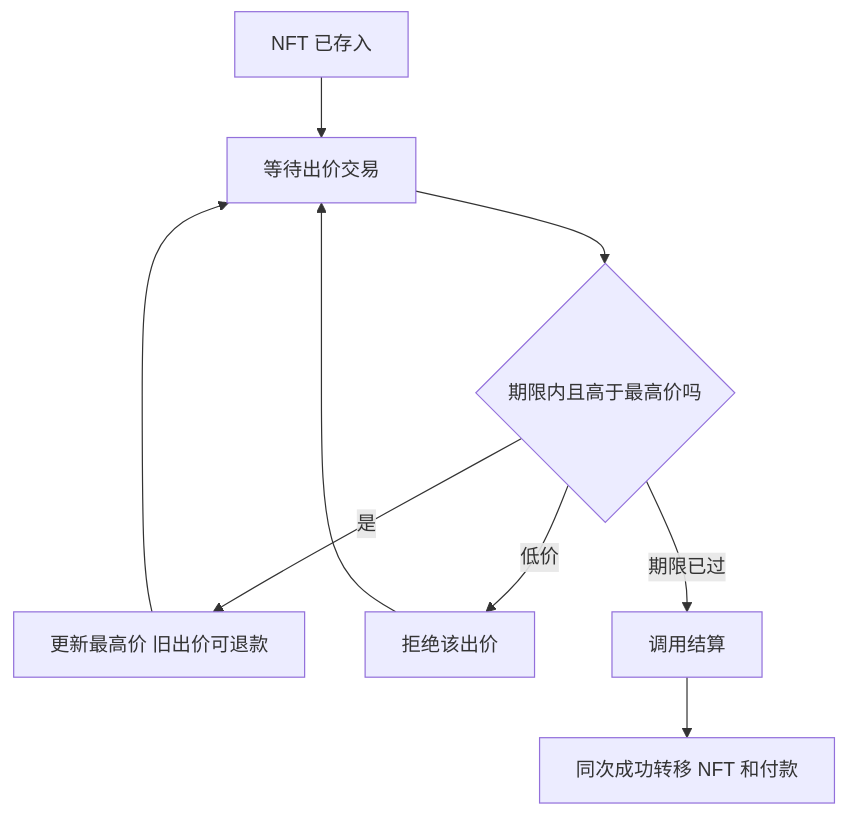
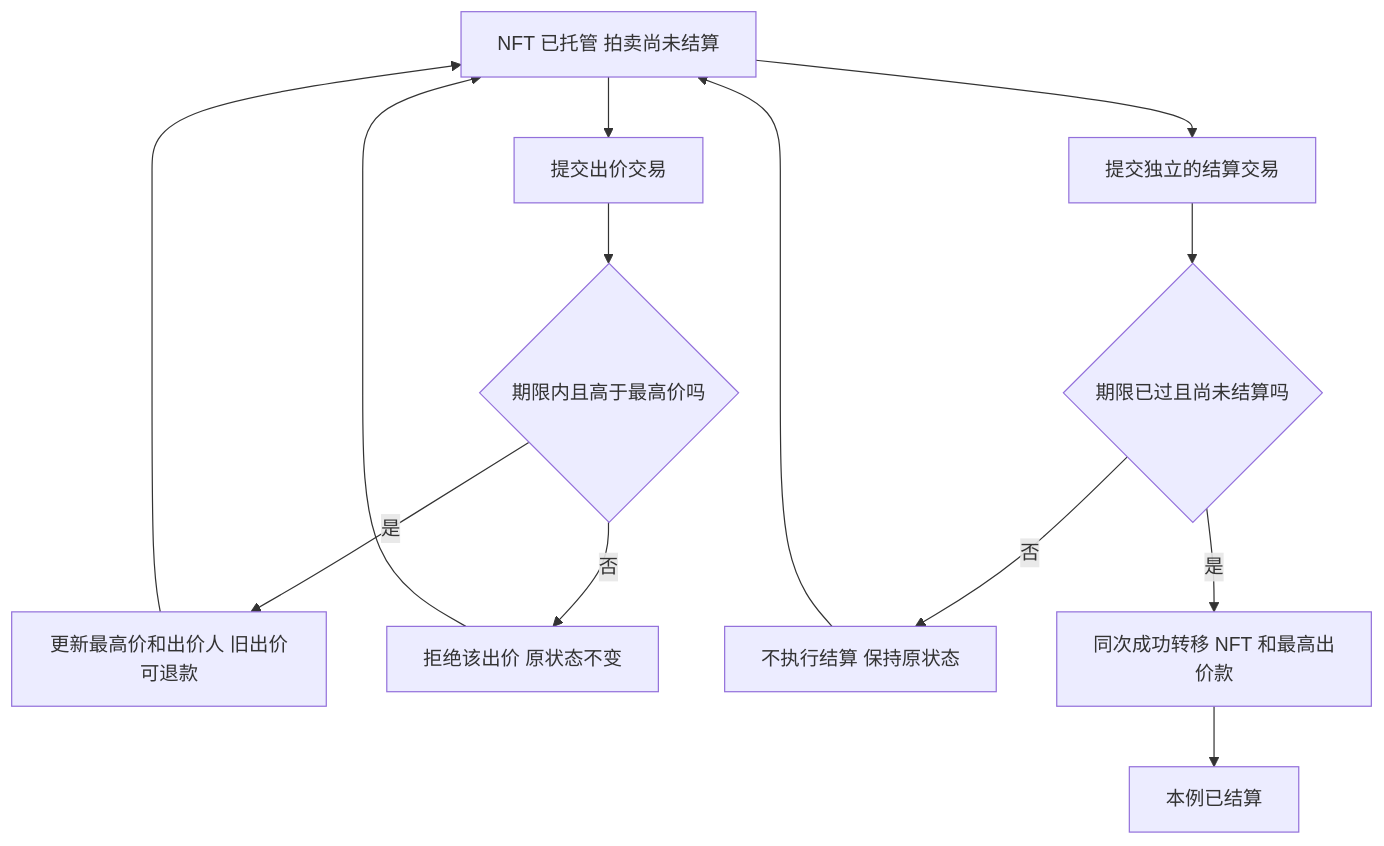
Before and after one commit to CercaTrovato/cityu-ai-course-notes: the third of 9 diagrams in EF5560_Fintech_and_AI_in_Finance/notes/M07-比特币以太坊与加密金融商业模式.md, drawn with Mermaid. The commit also changed other lines of this file and 65 other files, not shown here.

````diff
--- a/EF5560_Fintech_and_AI_in_Finance/notes/M07-比特币以太坊与加密金融商业模式.md
+++ b/EF5560_Fintech_and_AI_in_Finance/notes/M07-比特币以太坊与加密金融商业模式.md
@@ -858,11 +934,15 @@
 ```mermaid
 flowchart TD
- A[NFT 已存入] --> B[等待出价交易]
+ A[NFT 已托管 拍卖尚未结算] --> B[提交出价交易]
+ A --> S[提交独立的结算交易]
  B --> C{期限内且高于最高价吗}
- C -->|是| D[更新最高价 旧出价可退款]
- D --> B
- C -->|低价| E[拒绝该出价]
- E --> B
- C -->|期限已过| F[调用结算]
- F --> G[同次成功转移 NFT 和付款]
+ C -->|是| D[更新最高价和出价人 旧出价可退款]
+ D --> A
+ C -->|否| E[拒绝该出价 原状态不变]
+ E --> A
+ S --> F{期限已过且尚未结算吗}
+ F -->|否| N[不执行结算 保持原状态]
+ N --> A
+ F -->|是| G[同次成功转移 NFT 和最高出价款]
+ G --> H[本例已结算]
 ```
````
